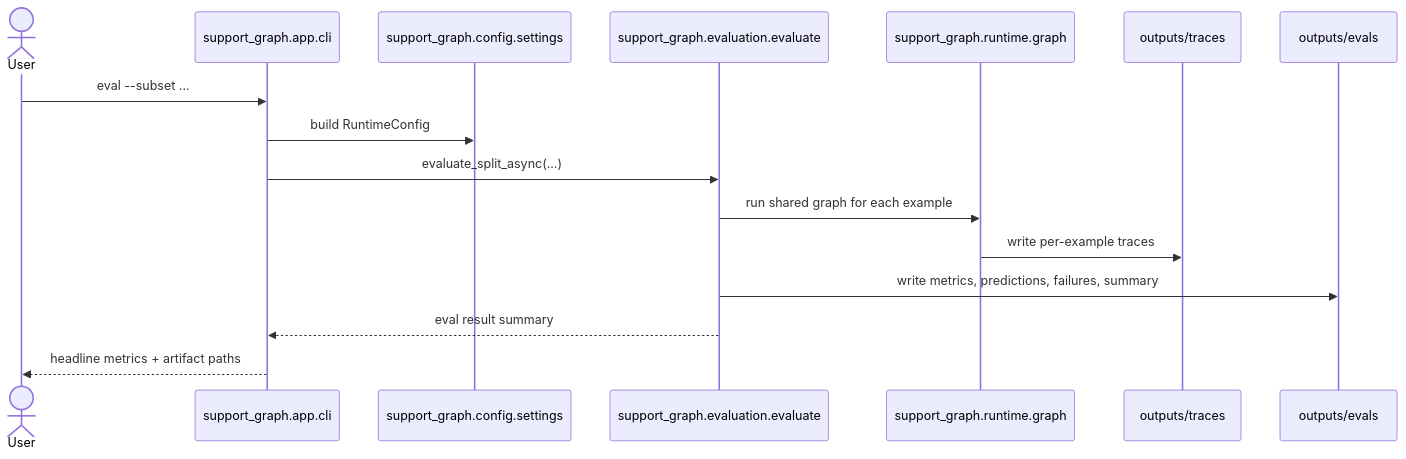
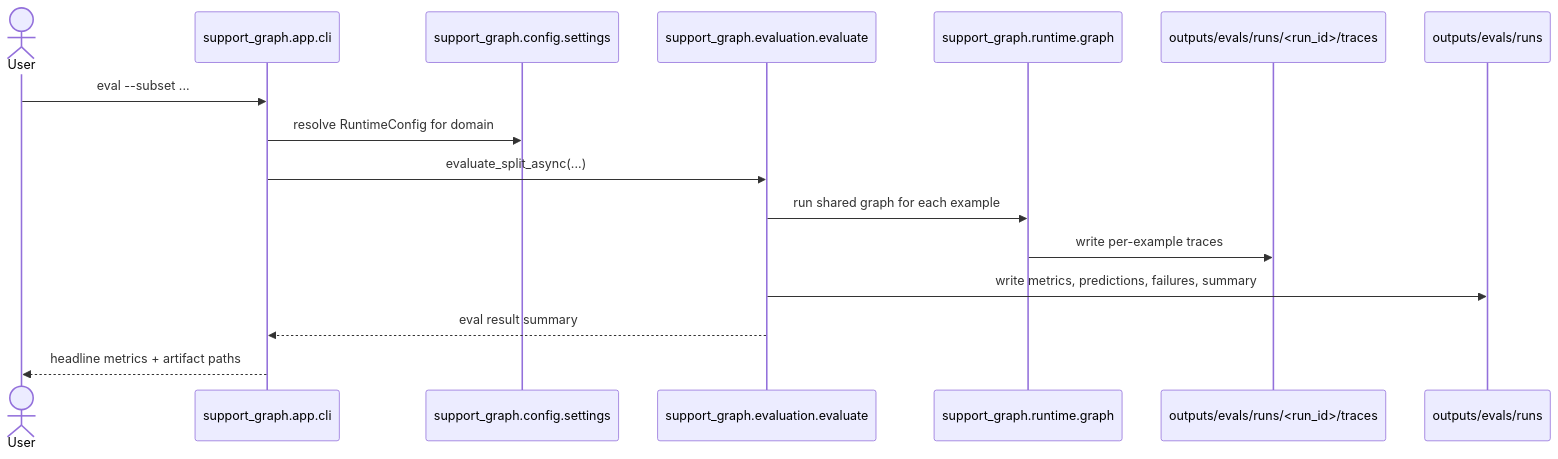
Before and after one commit to YgLK/grounded-support-rag: the fourth of 9 diagrams in README.md, drawn with Mermaid. The commit also changed other lines of this file and 1 other file, not shown here.

Commit message:
refactor: add postgres-up and ui targets to Makefile with configurable host/port settings

````diff
--- a/README.md
+++ b/README.md
@@ -139,19 +154,19 @@
 ```mermaid
 sequenceDiagram
     actor User
     participant CLI as support_graph.app.cli
     participant Settings as support_graph.config.settings
     participant Eval as support_graph.evaluation.evaluate
     participant Runtime as support_graph.runtime.graph
-    participant Traces as outputs/traces
-    participant Artifacts as outputs/evals
+    participant Traces as outputs/evals/runs/<run_id>/traces
+    participant Artifacts as outputs/evals/runs
 
     User->>CLI: eval --subset ...
-    CLI->>Settings: build RuntimeConfig
+    CLI->>Settings: resolve RuntimeConfig for domain
     CLI->>Eval: evaluate_split_async(...)
     Eval->>Runtime: run shared graph for each example
     Runtime->>Traces: write per-example traces
     Eval->>Artifacts: write metrics, predictions, failures, summary
     Eval-->>CLI: eval result summary
     CLI-->>User: headline metrics + artifact paths
 ```
````
